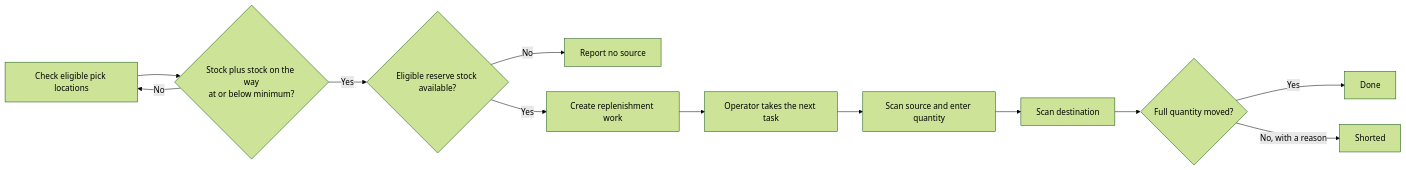
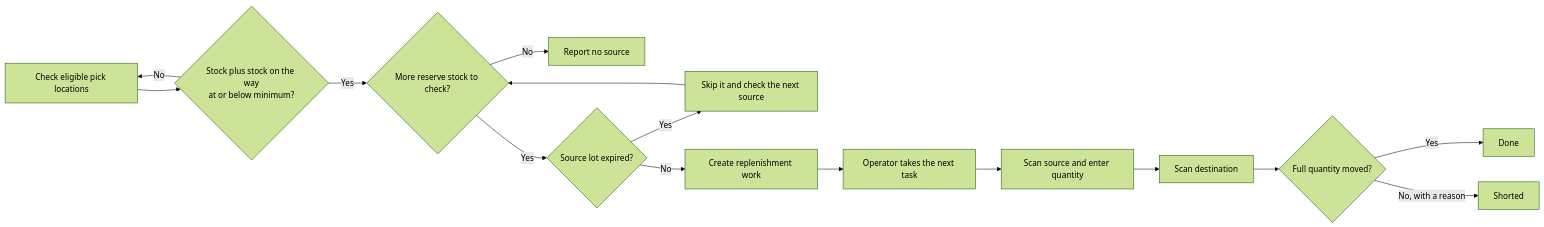
The diagram in docs-obsidian/user-guide/admin/policies/35-replenishment-status.md (msmurygin/quark-docs), drawn with Mermaid (forest theme) before and after one commit. The commit also changed other lines of this file, not shown here.

Commit message:
docs: explain expired-lot replenishment (#53)

````diff
--- a/docs-obsidian/user-guide/admin/policies/35-replenishment-status.md
+++ b/docs-obsidian/user-guide/admin/policies/35-replenishment-status.md
@@ -12,14 +12,17 @@
 ```mermaid
 flowchart LR
     A[Check eligible pick locations] --> B{Stock plus stock on the way<br/>at or below minimum?}
     B -- No --> A
-    B -- Yes --> C{Eligible reserve stock available?}
+    B -- Yes --> C{More reserve stock to check?}
     C -- No --> D[Report no source]
-    C -- Yes --> E[Create replenishment work]
+    C -- Yes --> X{Source lot expired?}
+    X -- Yes --> Y[Skip it and check the next source]
+    Y --> C
+    X -- No --> E[Create replenishment work]
     E --> F[Operator takes the next task]
     F --> G[Scan source and enter quantity]
     G --> H[Scan destination]
     H --> I{Full quantity moved?}
     I -- Yes --> J[Done]
     I -- No, with a reason --> K[Shorted]
 ```
````
